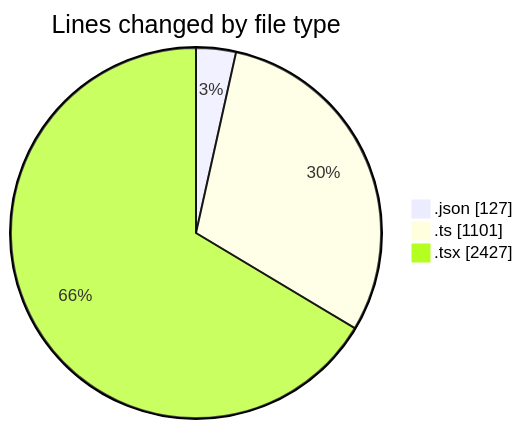
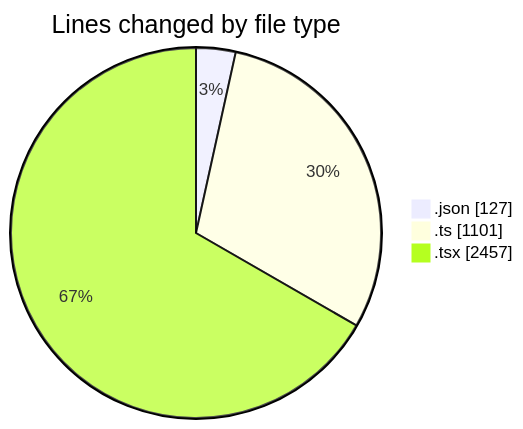
One commit to julien-gomy/code-tracking changed the first of 2 diagrams in 2025-11-12/eventscop-frontend-guide__workspace_/README.md. Above: the diagram before and after it, drawn with Mermaid. The commit also changed other lines of this file and 1 other file, not shown here.

````diff
--- a/2025-11-12/eventscop-frontend-guide__workspace_/README.md
+++ b/2025-11-12/eventscop-frontend-guide__workspace_/README.md
@@ -40,7 +41,7 @@
 ```mermaid
 pie showData
 title Lines changed by file type
 ".json" : 127
 ".ts" : 1101
-".tsx" : 2427
+".tsx" : 2457
 ```
````
